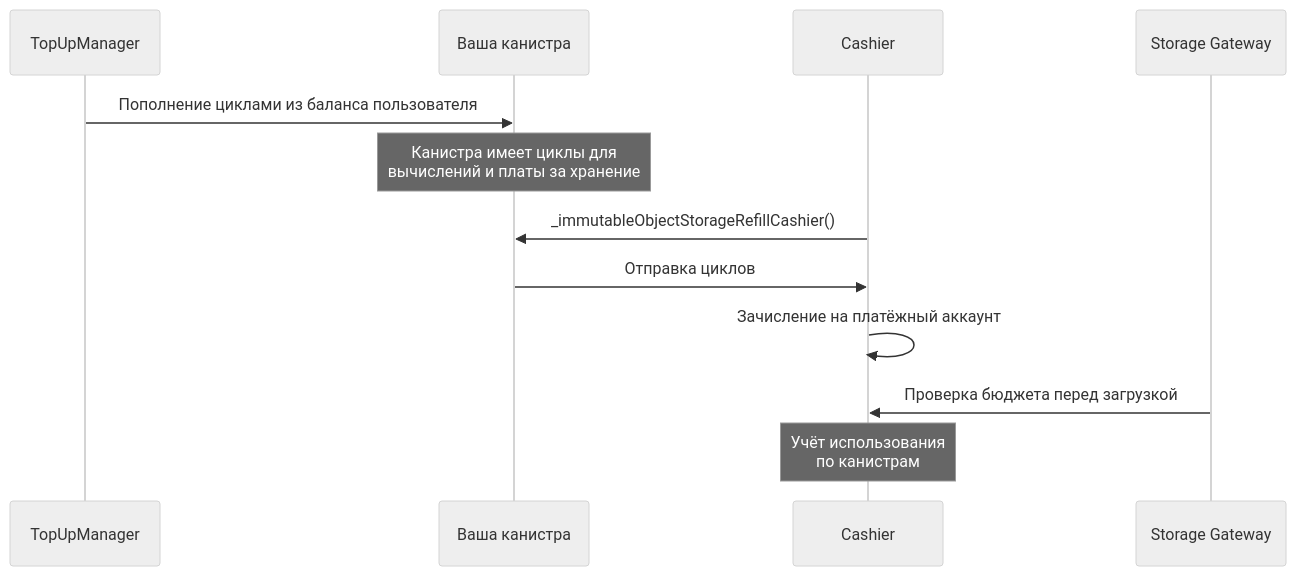
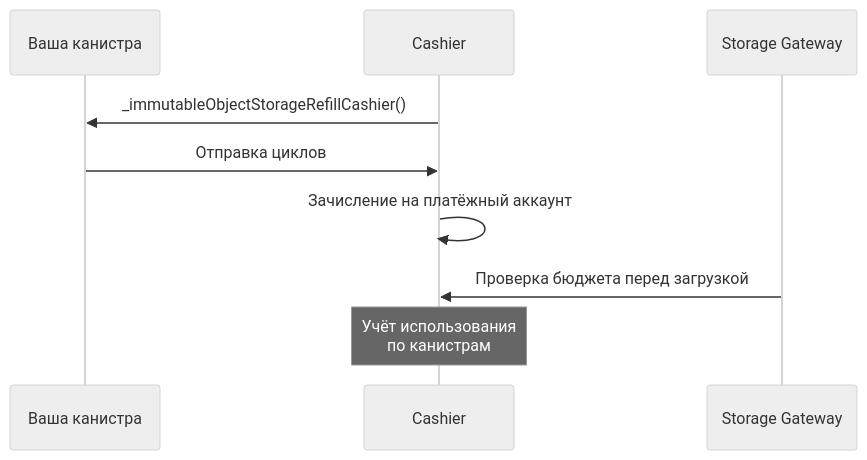
Before and after one commit to rabbithole-app/v2: the third of 3 diagrams in apps/docs/src/ru/how-it-works/payment.md, drawn with Mermaid (neutral theme). The commit also changed other lines of this file and 46 other files, not shown here.

````diff
--- a/apps/docs/src/ru/how-it-works/payment.md
+++ b/apps/docs/src/ru/how-it-works/payment.md
@@ -143,15 +247,12 @@
 ```mermaid
 sequenceDiagram
-    participant TM as TopUpManager
     participant UC as Ваша канистра
     participant CA as Cashier
     participant GW as Storage Gateway
 
-    TM->>UC: Пополнение циклами из баланса пользователя
-    Note over UC: Канистра имеет циклы для<br/>вычислений и платы за хранение
     CA->>UC: _immutableObjectStorageRefillCashier()
     UC->>CA: Отправка циклов
     CA->>CA: Зачисление на платёжный аккаунт
     GW->>CA: Проверка бюджета перед загрузкой
     Note over CA: Учёт использования<br/>по канистрам
 ```
````
